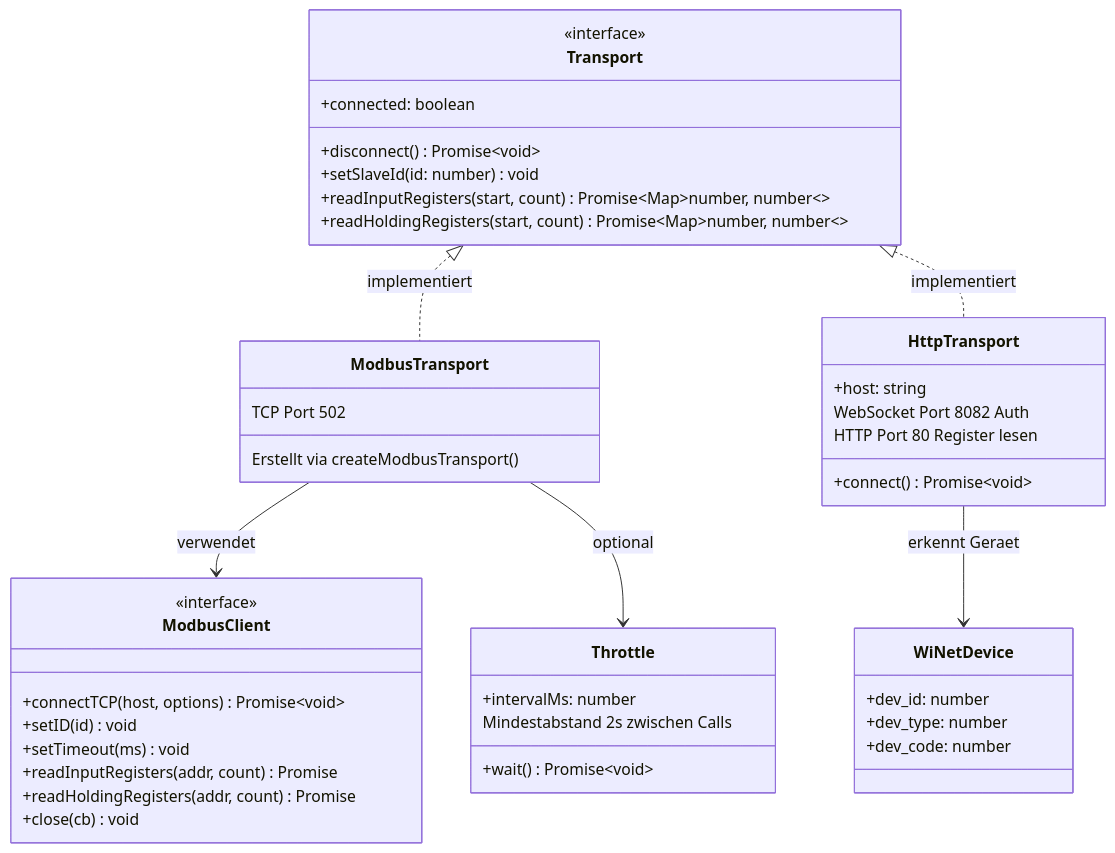
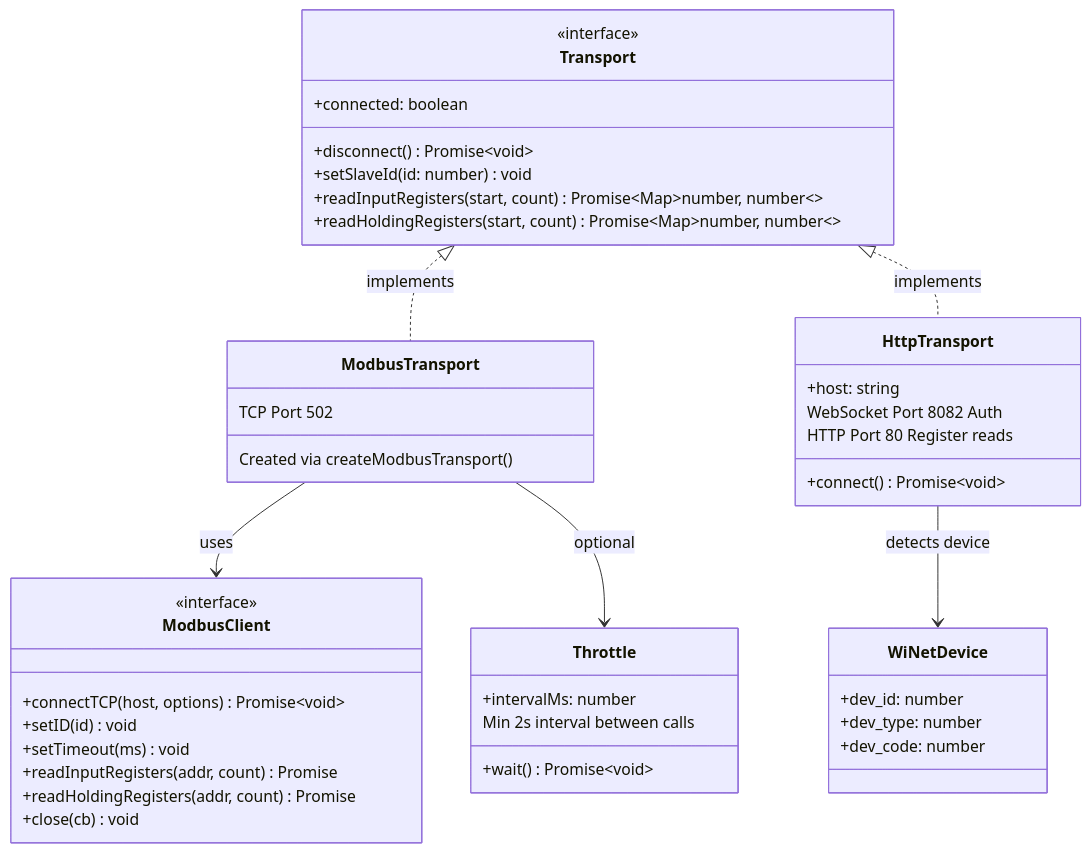
Diagram 12 of 12 in ARCHITECTURE.md (AlexanderLanin/sungrowlib), drawn with Mermaid before and after one commit. The commit also changed other lines of this file, not shown here.

Commit message:
docs: translate ARCHITECTURE.md from German to English

````diff
--- a/ARCHITECTURE.md
+++ b/ARCHITECTURE.md
@@ -539,51 +539,51 @@
 ```mermaid
 classDiagram
     class Transport {
         <<interface>>
         +connected: boolean
         +disconnect() Promise~void~
         +setSlaveId(id: number) void
         +readInputRegisters(start, count) Promise~Map~number, number~~
         +readHoldingRegisters(start, count) Promise~Map~number, number~~
     }
 
     class ModbusTransport {
-        Erstellt via createModbusTransport()
+        Created via createModbusTransport()
         TCP Port 502
     }
 
     class HttpTransport {
         +host: string
         +connect() Promise~void~
         WebSocket Port 8082 Auth
-        HTTP Port 80 Register lesen
+        HTTP Port 80 Register reads
     }
 
     class ModbusClient {
         <<interface>>
         +connectTCP(host, options) Promise~void~
         +setID(id) void
         +setTimeout(ms) void
         +readInputRegisters(addr, count) Promise
         +readHoldingRegisters(addr, count) Promise
         +close(cb) void
     }
 
     class Throttle {
         +intervalMs: number
         +wait() Promise~void~
-        Mindestabstand 2s zwischen Calls
+        Min 2s interval between calls
     }
 
     class WiNetDevice {
         +dev_id: number
         +dev_type: number
         +dev_code: number
     }
 
-    Transport <|.. ModbusTransport : implementiert
-    Transport <|.. HttpTransport : implementiert
-    ModbusTransport --> ModbusClient : verwendet
+    Transport <|.. ModbusTransport : implements
+    Transport <|.. HttpTransport : implements
+    ModbusTransport --> ModbusClient : uses
     ModbusTransport --> Throttle : optional
-    HttpTransport --> WiNetDevice : erkennt Geraet
+    HttpTransport --> WiNetDevice : detects device
 ```
````
